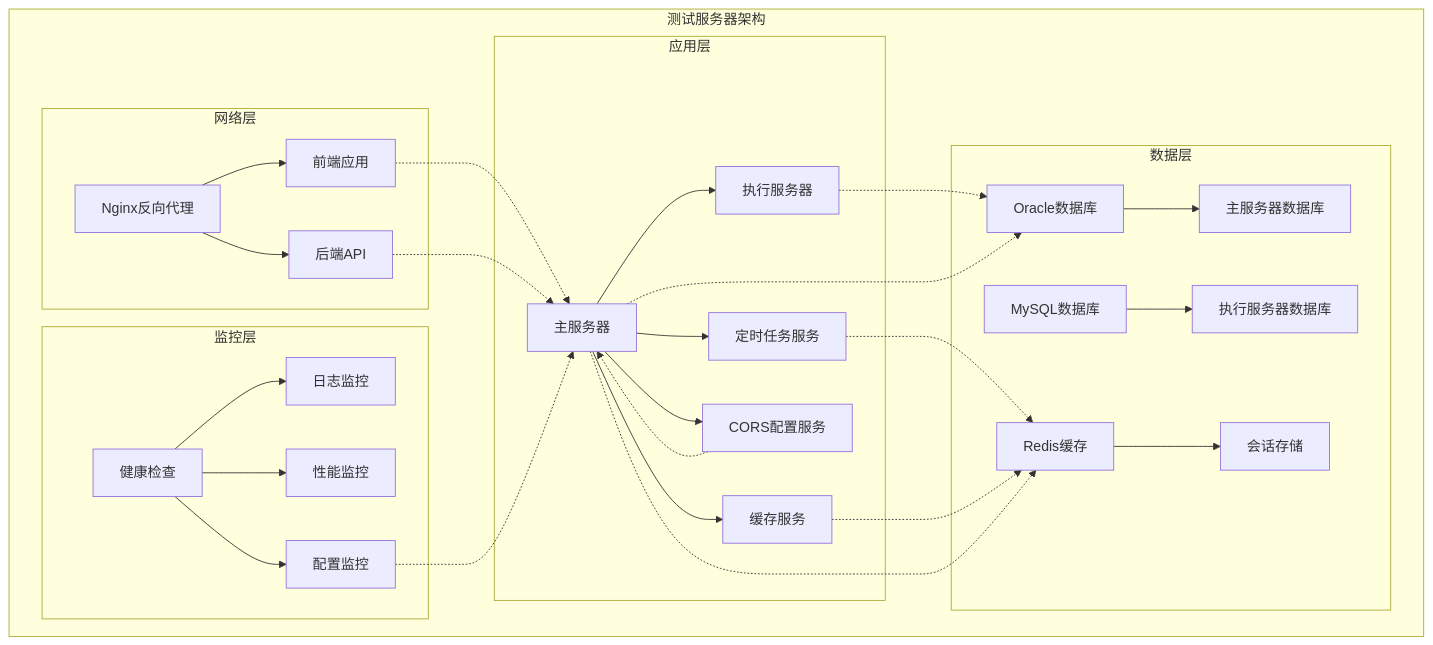
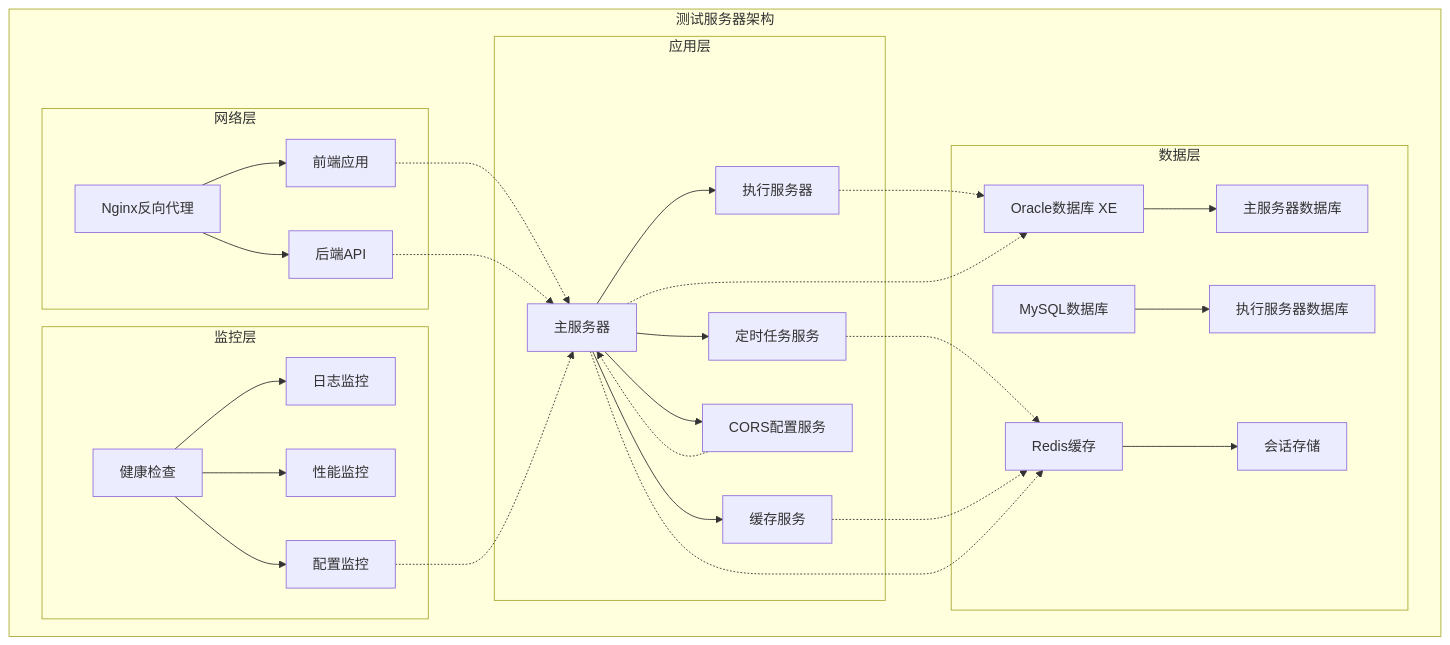
One commit to liuzh2008/med_ai_assistant_workspace changed the second of 7 diagrams in .qoder/repowiki/zh/content/部署指南/测试服务器部署指南.md. Above: the diagram before and after it, drawn with Mermaid. The commit also changed other lines of this file and 3 other files, not shown here.

````diff
--- a/.qoder/repowiki/zh/content/部署指南/测试服务器部署指南.md
+++ b/.qoder/repowiki/zh/content/部署指南/测试服务器部署指南.md
@@ -138,34 +142,34 @@
 ```mermaid
 graph TB
 subgraph "测试服务器架构"
 subgraph "网络层"
 A[Nginx反向代理] --> B[前端应用]
 A --> C[后端API]
 end
 subgraph "应用层"
 D[主服务器] --> E[执行服务器]
 D --> F[定时任务服务]
 D --> G[缓存服务]
 D --> H[CORS配置服务]
 end
 subgraph "数据层"
-I[Oracle数据库] --> J[主服务器数据库]
+I[Oracle数据库 XE] --> J[主服务器数据库]
 K[MySQL数据库] --> L[执行服务器数据库]
 M[Redis缓存] --> N[会话存储]
 end
 subgraph "监控层"
 O[健康检查] --> P[日志监控]
 O --> Q[性能监控]
 O --> R[配置监控]
 end
 end
 B -.-> D
 C -.-> D
 E -.-> I
 F -.-> M
 G -.-> M
 D -.-> I
 D -.-> M
 H -.-> D
 R -.-> D
 ```
````
